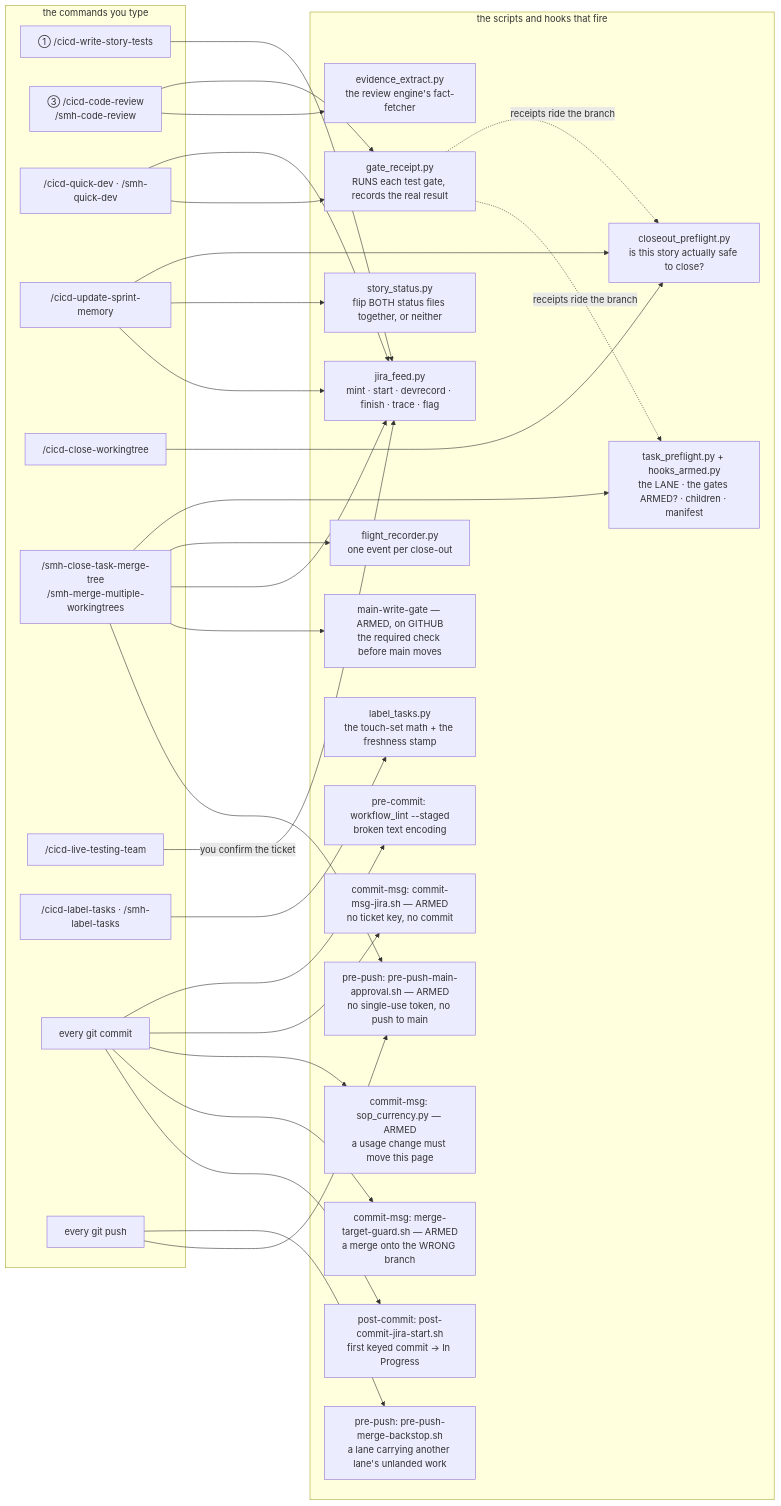
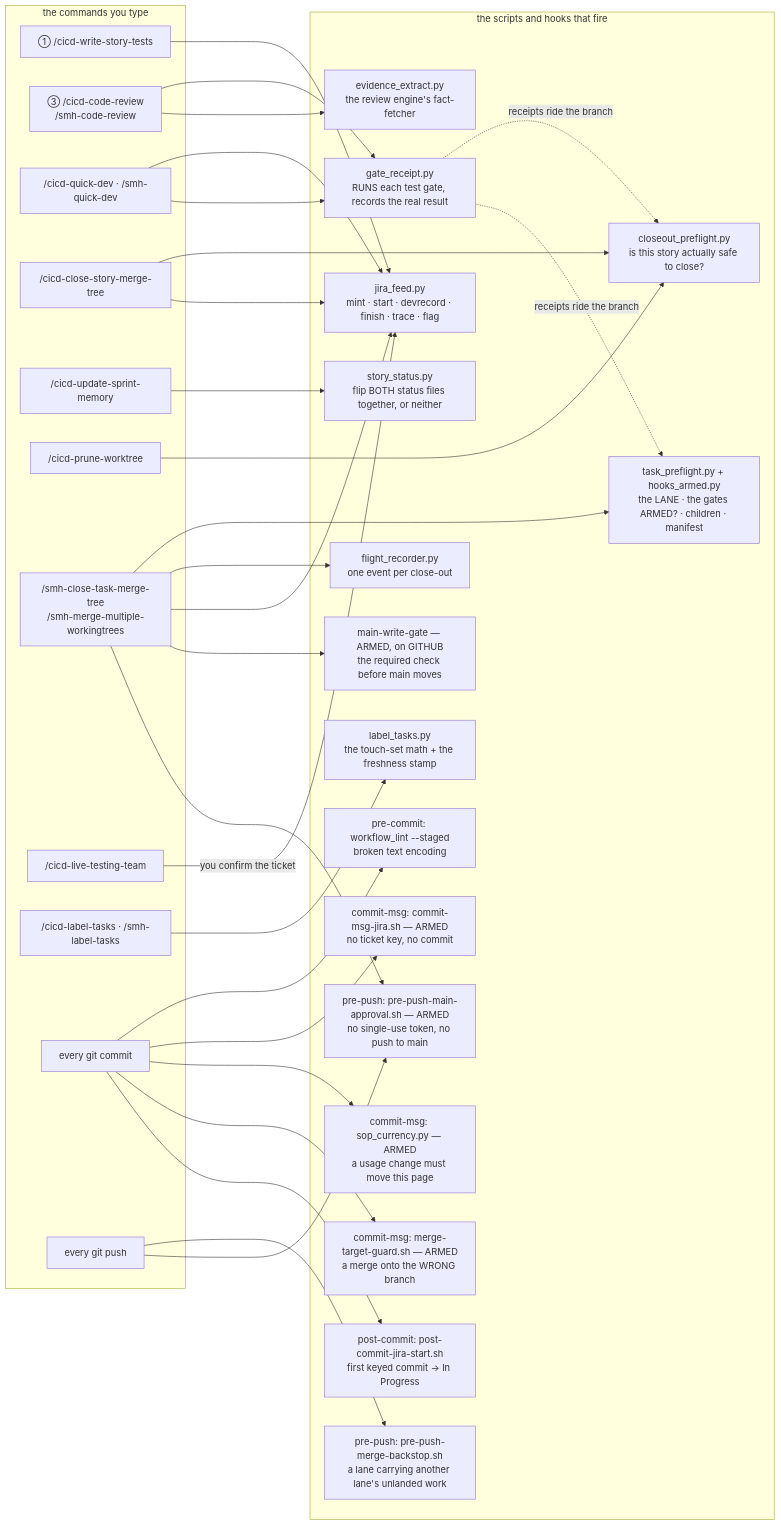
Before and after one commit to sudomadhatter/Sudo_Hatter_Command: the eighth of 45 diagrams in docs/_scc_sops_prds/workflows_testing_SOP.md, drawn with Mermaid. The commit also changed other lines of this file and 97 other files, not shown here.

First line of the commit message:
SCC-210 rebalance the cicd close-out: the door, the save, and the prune

````diff
--- a/docs/_scc_sops_prds/workflows_testing_SOP.md
+++ b/docs/_scc_sops_prds/workflows_testing_SOP.md
@@ -1661,58 +1687,59 @@
 ```mermaid
 flowchart LR
     subgraph CMD ["the commands you type"]
         S["① /cicd-write-story-tests"]
         R["③ /cicd-code-review\n/smh-code-review"]
         Q["/cicd-quick-dev · /smh-quick-dev"]
-        M["/cicd-update-sprint-memory"]
-        W["/cicd-close-workingtree"]
+        M["/cicd-close-story-merge-tree"]
+        MS["/cicd-update-sprint-memory"]
+        W["/cicd-prune-worktree"]
         T["/smh-close-task-merge-tree\n/smh-merge-multiple-workingtrees"]
         L["/cicd-live-testing-team"]
         LB["/cicd-label-tasks · /smh-label-tasks"]
         G["every git commit"]
         P["every git push"]
     end
     subgraph CHK ["the scripts and hooks that fire"]
         GR["gate_receipt.py\nRUNS each test gate, records the real result"]
         CP["closeout_preflight.py\nis this story actually safe to close?"]
         SS["story_status.py\nflip BOTH status files together, or neither"]
         JF["jira_feed.py\nmint · start · devrecord · finish · trace · flag"]
         TP["task_preflight.py + hooks_armed.py\nthe LANE · the gates ARMED? · children · manifest"]
         FR["flight_recorder.py\none event per close-out"]
         LTS["label_tasks.py\nthe touch-set math + the freshness stamp"]
         EV["evidence_extract.py\nthe review engine's fact-fetcher"]
         WL["pre-commit: workflow_lint --staged\nbroken text encoding"]
         JH["commit-msg: commit-msg-jira.sh — ARMED\nno ticket key, no commit"]
         SC["commit-msg: sop_currency.py — ARMED\na usage change must move this page"]
         MT["commit-msg: merge-target-guard.sh — ARMED\na merge onto the WRONG branch"]
         PJ["post-commit: post-commit-jira-start.sh\nfirst keyed commit → In Progress"]
         BS["pre-push: pre-push-merge-backstop.sh\na lane carrying another lane's unlanded work"]
         PA["pre-push: pre-push-main-approval.sh — ARMED\nno single-use token, no push to main"]
         MW["main-write-gate — ARMED, on GITHUB\nthe required check before main moves"]
     end
     S --> JF
     R --> GR
     R --> EV
     Q --> JF
     Q --> GR
     M --> CP
-    M --> SS
     M --> JF
+    MS --> SS
     W --> CP
     T --> TP
     T --> FR
     T --> JF
     T --> MW
     T --> PA
     L -->|"you confirm the ticket"| JF
     LB --> LTS
     G --> WL
     G --> JH
     G --> SC
     G --> MT
     G --> PJ
     P --> BS
     P --> PA
     GR -.->|"receipts ride the branch"| CP
     GR -.->|"receipts ride the branch"| TP
 ```
````
